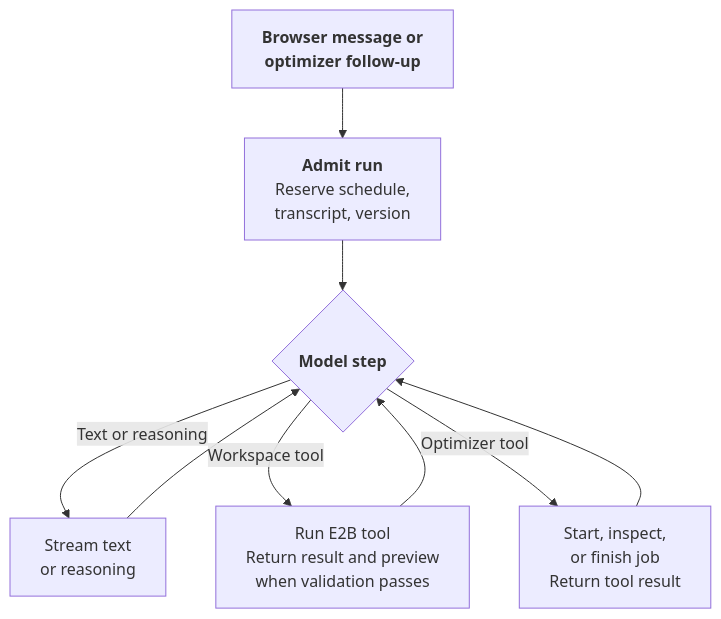
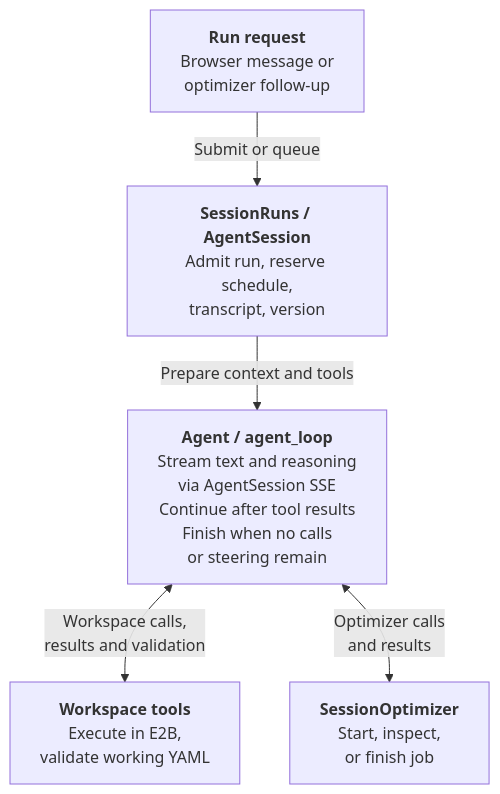
Before and after one commit to j3soon/nurse-scheduling: the fourth of 14 diagrams in docs/content/developer-guide/ai-assistant.md, drawn with Mermaid. The commit also changed other lines of this file and 1 other file, not shown here.

First line of the commit message:
docs(ai): clarify runtime flow and diagram relationships

````diff
--- a/docs/content/developer-guide/ai-assistant.md
+++ b/docs/content/developer-guide/ai-assistant.md
@@ -260,8 +182,13 @@
 ```mermaid
 flowchart TB
-    Start[<b>Browser message or<br/>optimizer follow-up</b>] --> Admit[<b>Admit run</b><br/>Reserve schedule,<br/>transcript, version]
-    Admit --> Step{<b>Model step</b>}
-    Step -->|Text or reasoning| Text[Stream text<br/>or reasoning] --> Step
-    Step -->|Workspace tool| Tool[Run E2B tool<br/>Return result and preview<br/>when validation passes] --> Step
-    Step -->|Optimizer tool| Job[Start, inspect,<br/>or finish job<br/>Return tool result] --> Step
+    Start[<b>Run request</b><br/>Browser message or<br/>optimizer follow-up]
+    Admit[<b>SessionRuns / AgentSession</b><br/>Admit run, reserve schedule,<br/>transcript, version]
+    Step[<b>Agent / agent_loop</b><br/>Stream text and reasoning<br/>via AgentSession SSE<br/>Continue after tool results<br/>Finish when no calls<br/>or steering remain]
+    Tool[<b>Workspace tools</b><br/>Execute in E2B,<br/>validate working YAML]
+    Job[<b>SessionOptimizer</b><br/>Start, inspect,<br/>or finish job]
+
+    Start -->|Submit or queue| Admit
+    Admit -->|Prepare context and tools| Step
+    Step <-->|Workspace calls,<br/>results and validation| Tool
+    Step <-->|Optimizer calls<br/>and results| Job
 ```
````
